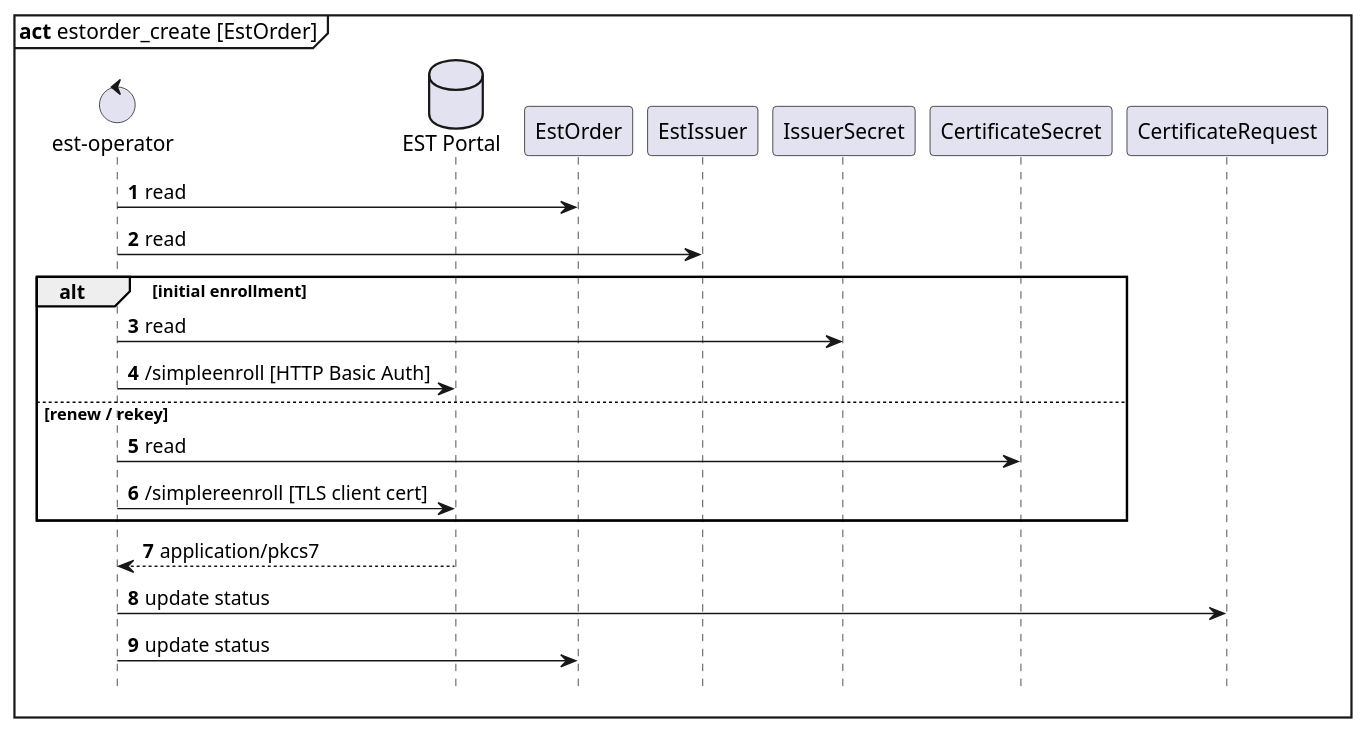
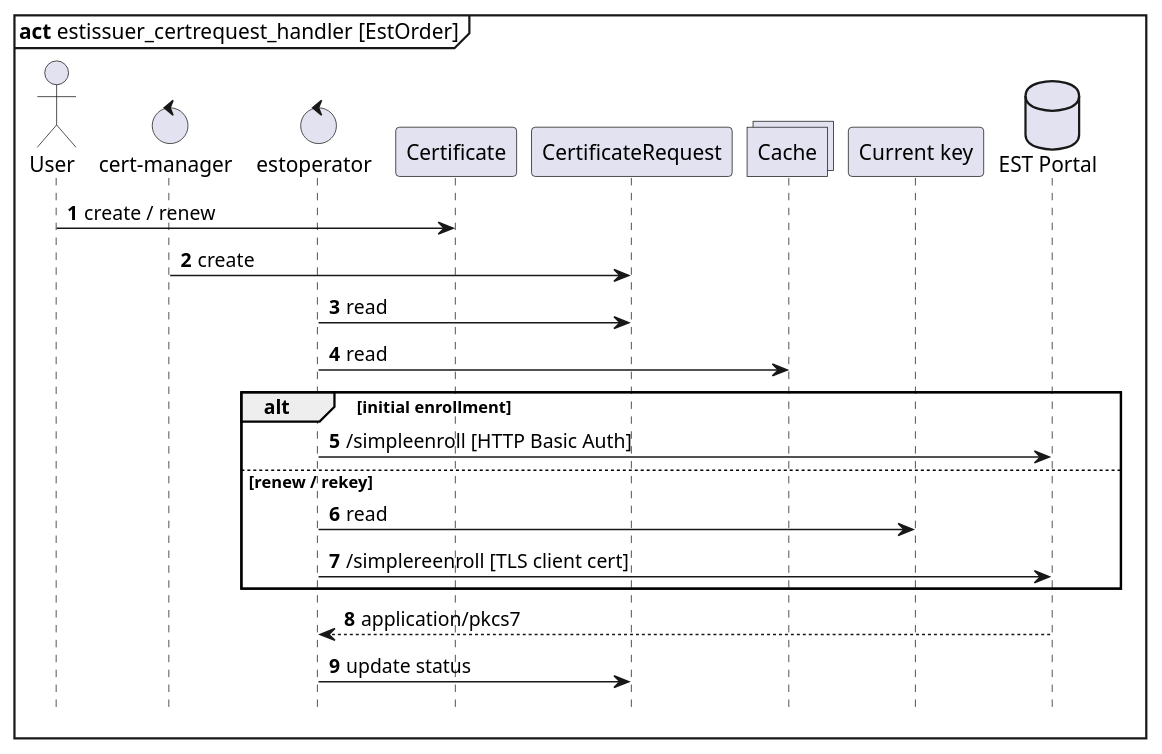
One commit to mitre/est-operator changed the third of 5 diagrams in docs/DESIGN.org. Above: the diagram before and after it, drawn with PlantUML. The commit also changed other lines of this file and 27 other files, not shown here.

```diff
--- a/docs/DESIGN.org
+++ b/docs/DESIGN.org
@@ -142,19 +107,26 @@
-#+BEGIN_SRC plantuml :file images/act-estorder.png :cache yes :results drawer :post caption_wrap("~EstOrder~ activity", *this*)
+#+BEGIN_SRC plantuml :file images/act-certificaterequest.png :cache yes :results drawer :post caption_wrap("~CertificateRequest~ activity", *this*)
 hide footbox
 autonumber
-mainframe **act** estorder_create [EstOrder]
-control "est-operator" as estoperator
+mainframe **act** estissuer_certrequest_handler [EstOrder]
+actor User
+control "cert-manager" as certmgr
+control "estoperator" as estoperator
+participant "Certificate"
+participant "CertificateRequest"
+collections "Cache" as EstIssuer
+participant "Current key" as CertificateSecret
 database "EST Portal" as estportal
-estoperator -> EstOrder : read
+
+User -> Certificate : create / renew
+certmgr -> CertificateRequest : create
+estoperator -> CertificateRequest : read
 estoperator -> EstIssuer : read
 alt initial enrollment
-    estoperator -> IssuerSecret : read
     estoperator -> estportal : /simpleenroll [HTTP Basic Auth]
 else renew / rekey
     estoperator -> CertificateSecret : read
     estoperator -> estportal : /simplereenroll [TLS client cert]
 end
 estportal --> estoperator : application/pkcs7
 estoperator -> CertificateRequest : update status
-estoperator -> EstOrder : update status
 #+END_SRC
```
